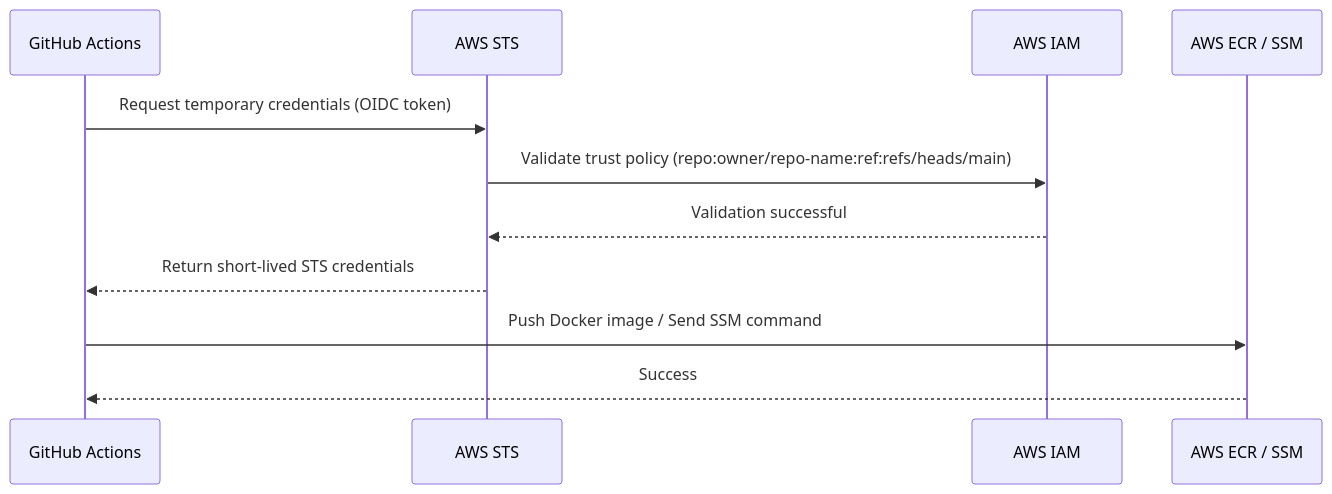
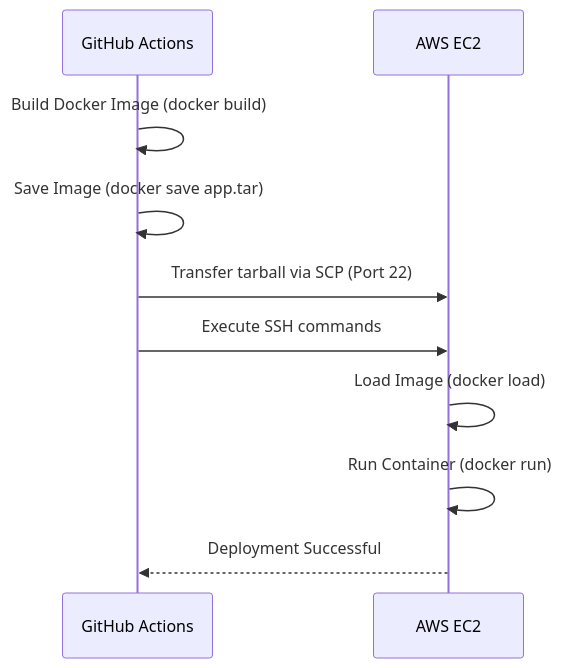
Before and after one commit to yashchokhat/vertex-on-edge-cli: the third of 3 diagrams in README.md, drawn with Mermaid. The commit also changed other lines of this file, not shown here.

Commit message:
docs: update architecture documentation to reflect new SCP deployment mechanism

````diff
--- a/README.md
+++ b/README.md
@@ -71,14 +62,13 @@
 ```mermaid
 sequenceDiagram
     participant GH as GitHub Actions
-    participant AWS as AWS STS
-    participant IAM as AWS IAM
-    participant ECR as AWS ECR / SSM
+    participant EC2 as AWS EC2
     
-    GH->>AWS: Request temporary credentials (OIDC token)
-    AWS->>IAM: Validate trust policy (repo:owner/repo-name:ref:refs/heads/main)
-    IAM-->>AWS: Validation successful
-    AWS-->>GH: Return short-lived STS credentials
-    GH->>ECR: Push Docker image / Send SSM command
-    ECR-->>GH: Success
+    GH->>GH: Build Docker Image (docker build)
+    GH->>GH: Save Image (docker save app.tar)
+    GH->>EC2: Transfer tarball via SCP (Port 22)
+    GH->>EC2: Execute SSH commands
+    EC2->>EC2: Load Image (docker load)
+    EC2->>EC2: Run Container (docker run)
+    EC2-->>GH: Deployment Successful
 ```
````
